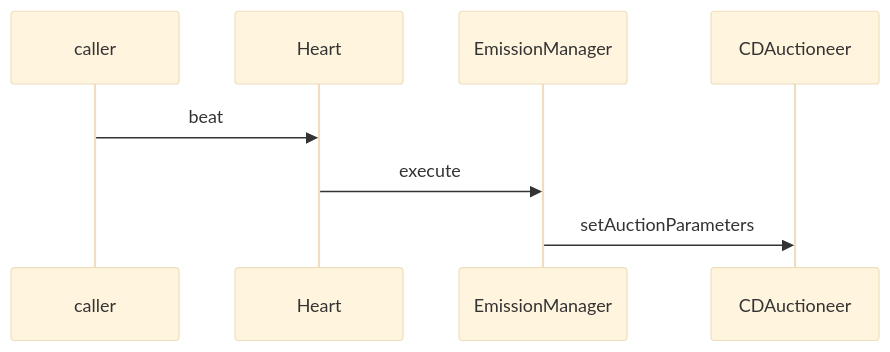
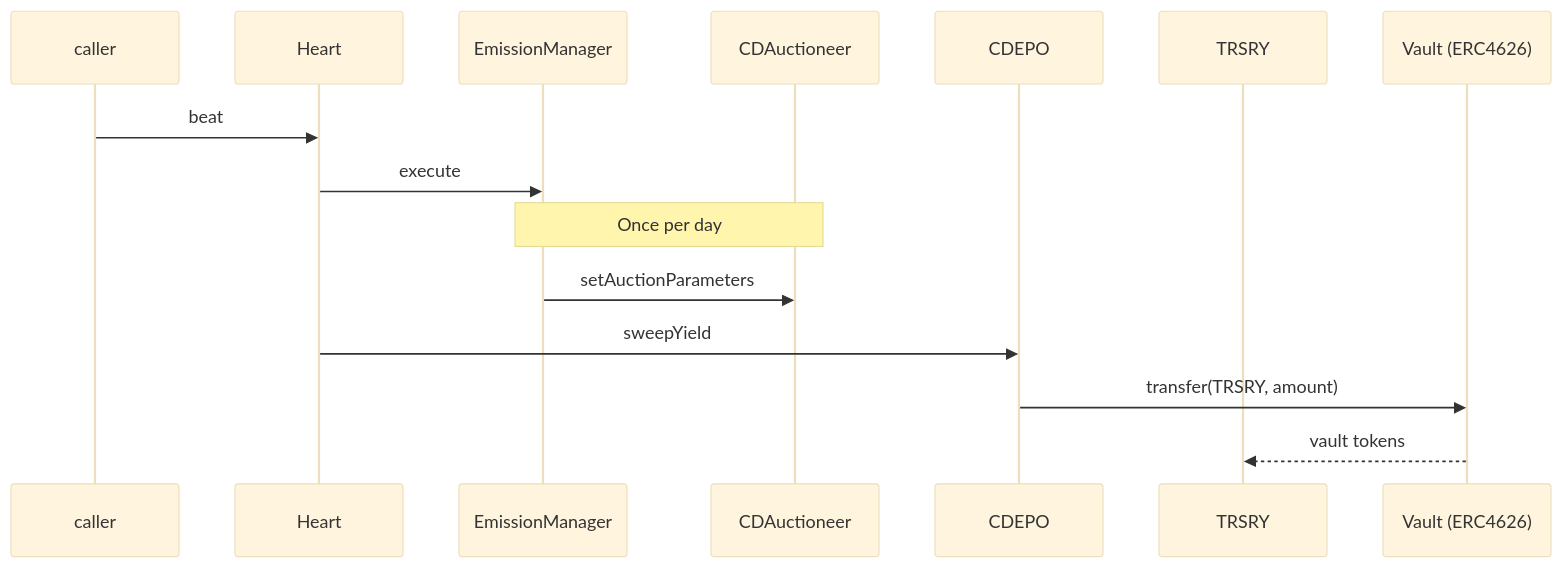
One commit to OlympusDAO/olympus-v3 changed the second of 6 diagrams in audit/2025-01_convertible-deposits/README.md. Above: the diagram before and after it, drawn with Mermaid (base theme). The commit also changed other lines of this file, not shown here.

````diff
--- a/audit/2025-01_convertible-deposits/README.md
+++ b/audit/2025-01_convertible-deposits/README.md
@@ -140,11 +142,18 @@
 ```mermaid
 sequenceDiagram
     participant caller
     participant Heart
     participant EmissionManager
     participant CDAuctioneer
+    participant CDEPO
+    participant TRSRY
+    participant VaultToken as Vault (ERC4626)
 
     caller->>Heart: beat
     Heart->>EmissionManager: execute
+    note over EmissionManager, CDAuctioneer: Once per day
     EmissionManager->>CDAuctioneer: setAuctionParameters
+    Heart->>CDEPO: sweepYield
+    CDEPO->>VaultToken: transfer(TRSRY, amount)
+    VaultToken-->>TRSRY: vault tokens
 ```
````
